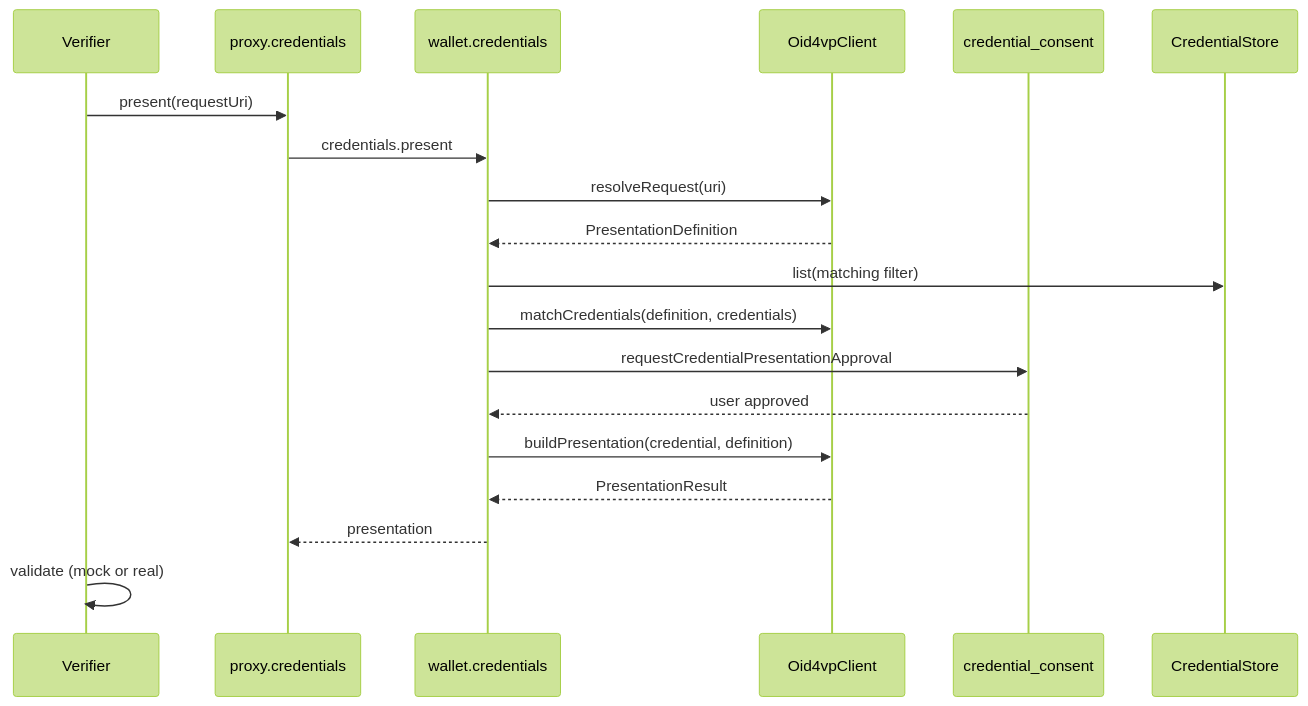
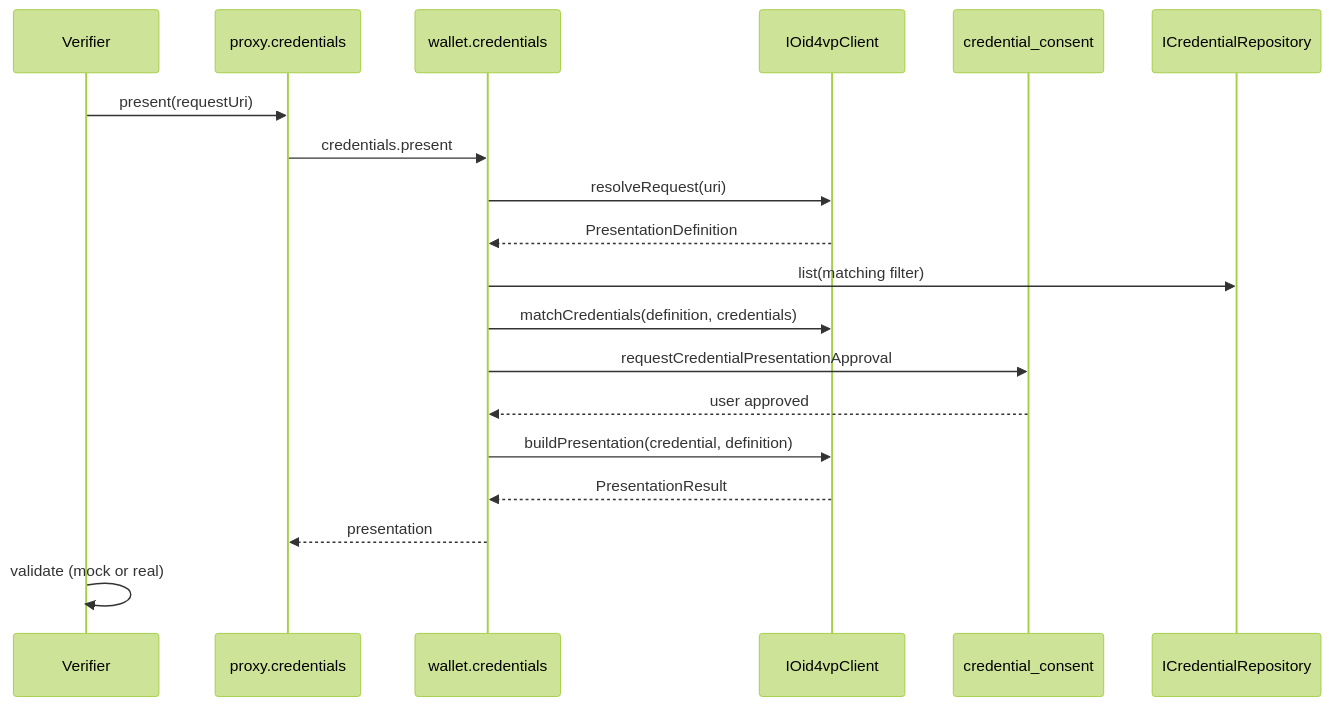
One commit to 1Shot-API/prf-wallet changed the diagram in spec/credentials/oid4vp-flow.md. Above: the diagram before and after it, drawn with Mermaid (forest theme). The commit also changed other lines of this file and 54 other files, not shown here.

````diff
--- a/spec/credentials/oid4vp-flow.md
+++ b/spec/credentials/oid4vp-flow.md
@@ -7,22 +7,22 @@
 ```mermaid
 sequenceDiagram
   participant Verifier
   participant Host as proxy.credentials
   participant Wallet as wallet.credentials
-  participant Vp as Oid4vpClient
+  participant Vp as IOid4vpClient
   participant UI as credential_consent
-  participant Store as CredentialStore
+  participant Store as ICredentialRepository
 
   Verifier->>Host: present(requestUri)
   Host->>Wallet: credentials.present
   Wallet->>Vp: resolveRequest(uri)
   Vp-->>Wallet: PresentationDefinition
   Wallet->>Store: list(matching filter)
   Wallet->>Vp: matchCredentials(definition, credentials)
   Wallet->>UI: requestCredentialPresentationApproval
   UI-->>Wallet: user approved
   Wallet->>Vp: buildPresentation(credential, definition)
   Vp-->>Wallet: PresentationResult
   Wallet-->>Host: presentation
   Verifier->>Verifier: validate (mock or real)
 ```
````
